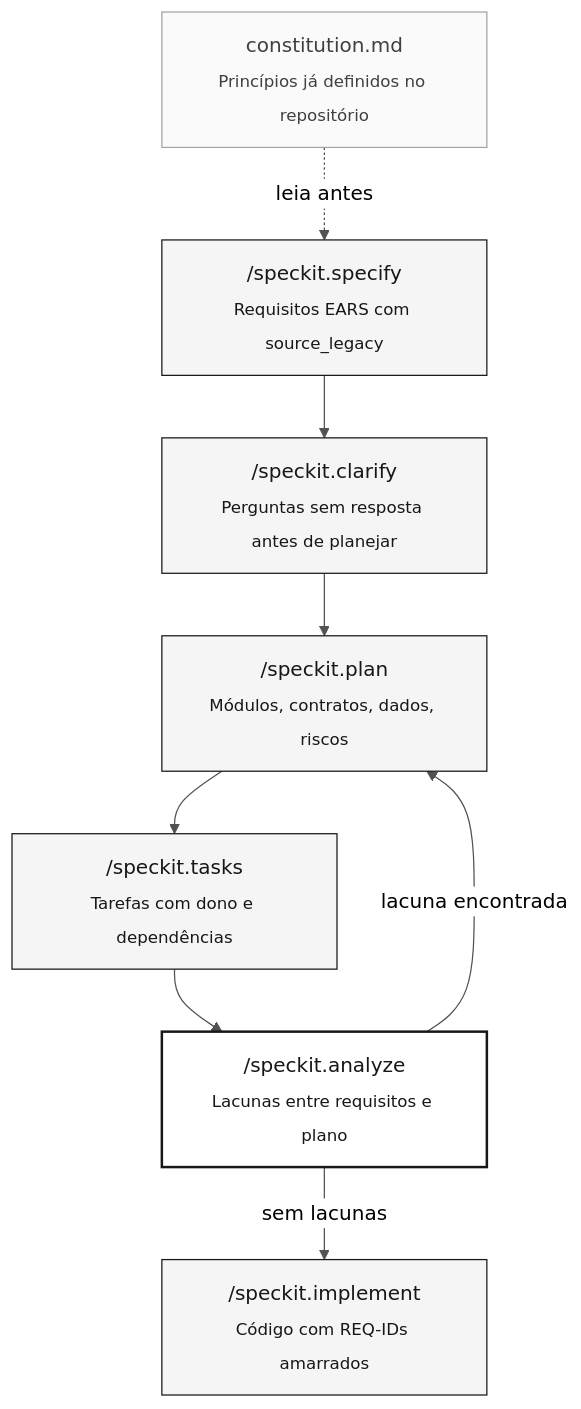
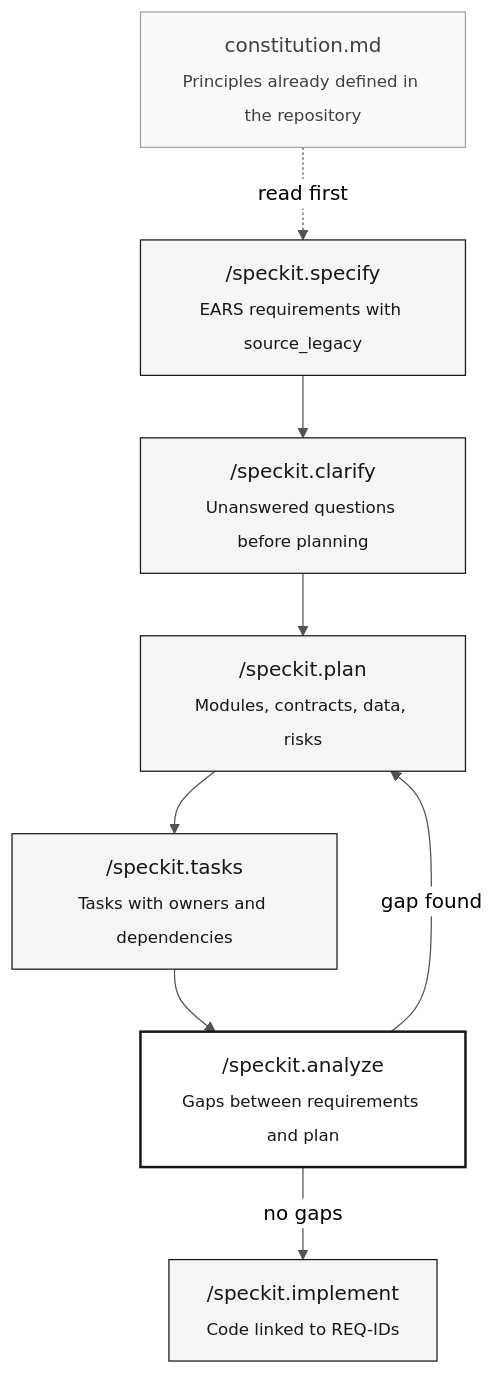
Before and after one commit to paulasilvatech/datacorp-mm-team-kit: the diagram in 07-conceitos/01-spec-driven-development.md, drawn with Mermaid. The commit also changed other lines of this file and 163 other files, not shown here.

````diff
--- a/07-conceitos/01-spec-driven-development.md
+++ b/07-conceitos/01-spec-driven-development.md
@@ -45,20 +45,20 @@
 ```mermaid
 %%{init: {'theme':'neutral','themeVariables':{'fontFamily':'ui-sans-serif, system-ui, sans-serif','primaryColor':'#F5F5F5','primaryTextColor':'#171717','primaryBorderColor':'#171717','lineColor':'#525252','secondaryColor':'#FFFFFF','tertiaryColor':'#FAFAFA','background':'#FFFFFF'}}}%%
 flowchart TD
     classDef step fill:#F5F5F5,stroke:#171717,color:#171717
     classDef gate fill:#FFFFFF,stroke:#171717,color:#171717,stroke-width:2px
     classDef muted fill:#FAFAFA,stroke:#A3A3A3,color:#404040
 
-    A["/speckit.specify<br/><sub>Requisitos EARS com source_legacy</sub>"]:::step
-    B["/speckit.clarify<br/><sub>Perguntas sem resposta antes de planejar</sub>"]:::step
-    C["/speckit.plan<br/><sub>Módulos, contratos, dados, riscos</sub>"]:::step
-    D["/speckit.tasks<br/><sub>Tarefas com dono e dependências</sub>"]:::step
-    E["/speckit.analyze<br/><sub>Lacunas entre requisitos e plano</sub>"]:::gate
-    F["/speckit.implement<br/><sub>Código com REQ-IDs amarrados</sub>"]:::step
-    G["constitution.md<br/><sub>Princípios já definidos no repositório</sub>"]:::muted
+    A["/speckit.specify<br/><sub>EARS requirements with source_legacy</sub>"]:::step
+    B["/speckit.clarify<br/><sub>Unanswered questions before planning</sub>"]:::step
+    C["/speckit.plan<br/><sub>Modules, contracts, data, risks</sub>"]:::step
+    D["/speckit.tasks<br/><sub>Tasks with owners and dependencies</sub>"]:::step
+    E["/speckit.analyze<br/><sub>Gaps between requirements and plan</sub>"]:::gate
+    F["/speckit.implement<br/><sub>Code linked to REQ-IDs</sub>"]:::step
+    G["constitution.md<br/><sub>Principles already defined in the repository</sub>"]:::muted
 
-    G -. "leia antes" .-> A
+    G -. "read first" .-> A
     A --> B --> C --> D --> E
-    E -- "sem lacunas" --> F
-    E -- "lacuna encontrada" --> C
+    E -- "no gaps" --> F
+    E -- "gap found" --> C
 ```
````
